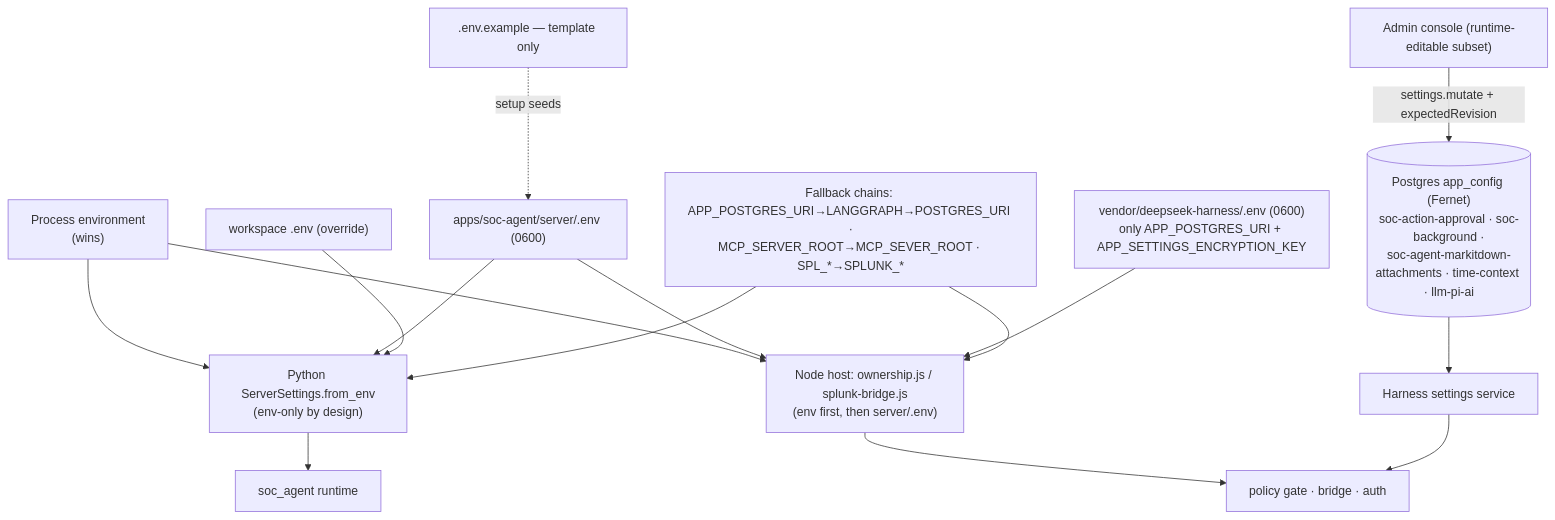
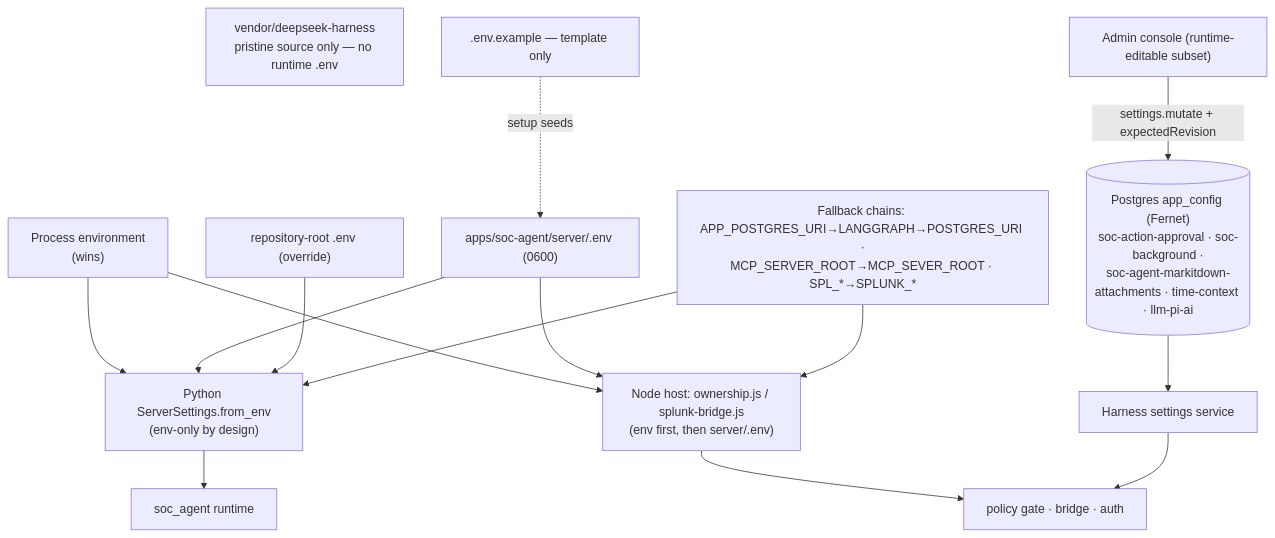
Before and after one commit to Benchan691/CITIC_AGENT: the diagram in docs/diagrams/configuration-precedence.mmd, drawn with Mermaid. The commit also changed 74 other files, not shown here.

```diff
--- a/docs/diagrams/configuration-precedence.mmd
+++ b/docs/diagrams/configuration-precedence.mmd
@@ -1,29 +1,28 @@
 %% Configuration precedence — sources, defaults, consumers (verified against 56c8dd2)
 flowchart TD
     pe["Process environment<br/>(wins)"]
     se["apps/soc-agent/server/.env (0600)"]
-    we["workspace .env (override)"]
-    he["vendor/deepseek-harness/.env (0600)<br/>only APP_POSTGRES_URI + APP_SETTINGS_ENCRYPTION_KEY"]
+    we["repository-root .env (override)"]
+    he["vendor/deepseek-harness<br/>pristine source only — no runtime .env"]
     ex[".env.example — template only"]
 
     py["Python ServerSettings.from_env<br/>(env-only by design)"]
     host["Node host: ownership.js / splunk-bridge.js<br/>(env first, then server/.env)"]
     hs["Harness settings service"]
     ac[("Postgres app_config (Fernet)<br/>soc-action-approval · soc-background ·<br/>soc-agent-markitdown-attachments · time-context · llm-pi-ai")]
     admin["Admin console (runtime-editable subset)"]
     fallback["Fallback chains: APP_POSTGRES_URI→LANGGRAPH→POSTGRES_URI ·<br/>MCP_SERVER_ROOT→MCP_SEVER_ROOT · SPL_*→SPLUNK_*"]
 
     ex -.->|setup seeds| se
     pe --> py
     se --> py
     we --> py
     pe --> host
     se --> host
-    he --> host
     admin -->|settings.mutate + expectedRevision| ac
     ac --> hs
     fallback --> py
     fallback --> host
     py --> soca["soc_agent runtime"]
     host --> gate["policy gate · bridge · auth"]
     hs --> gate
```
